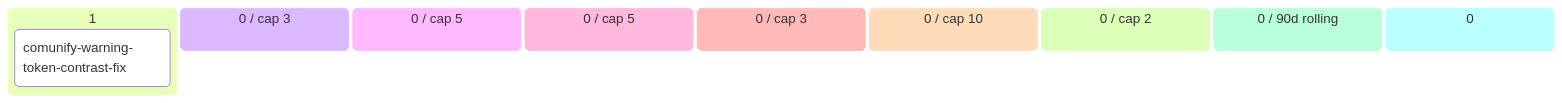
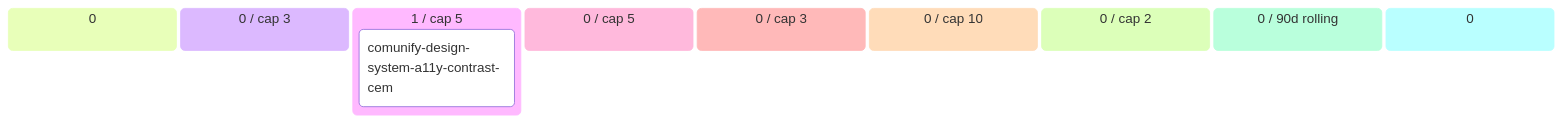
The diagram in comunify/docs/product/BACKLOG.md (alpaca-purpura/luana-platform), drawn with Mermaid before and after one commit. The commit also changed other lines of this file and 6 other files, not shown here.

First line of the commit message:
docs(comunify/po-ux): refine a11y-contrast-cement (refining→refined)

````diff
--- a/comunify/docs/product/BACKLOG.md
+++ b/comunify/docs/product/BACKLOG.md
@@ -39,13 +39,13 @@
 ```mermaid
 kanban
-  💡 Ideas (1)
-    comunify-warning-token-contras[comunify-warning-token-contrast-fix]
+  💡 Ideas (0)
   🔬 Refining (0 / cap 3)
-  ✅ Refined (0 / cap 5)
+  ✅ Refined (1 / cap 5)
+    comunify-design-system-a11y-co[comunify-design-system-a11y-contrast-cem]
   📦 Ready (0 / cap 5)
   🔨 Developing (0 / cap 3)
   🧪 Developed (0 / cap 10)
   🔍 Reviewing (0 / cap 2)
   ✅ Done (0 / 90d rolling)
   🅿 Parked (0)
 ```
````
